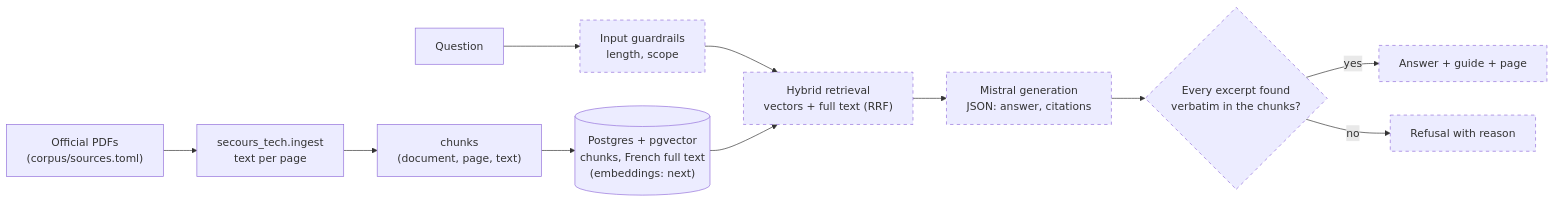
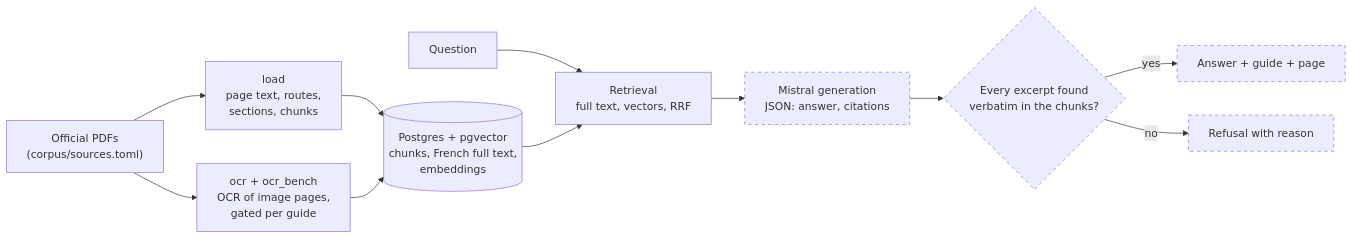
The diagram in README.md (gabrielkpo/secours-tech), drawn with Mermaid before and after one commit. The commit also changed other lines of this file and 23 other files, not shown here.

````diff
--- a/README.md
+++ b/README.md
@@ -33,16 +32,16 @@
 ```mermaid
 flowchart LR
-    A["Official PDFs<br/>(corpus/sources.toml)"] --> B["secours_tech.ingest<br/>text per page"]
-    B --> C["chunks<br/>(document, page, text)"]
-    C --> D[("Postgres + pgvector<br/>chunks, French full text<br/>(embeddings: next)")]
-    Q["Question"] --> G["Input guardrails<br/>length, scope"]
-    G --> R["Hybrid retrieval<br/>vectors + full text (RRF)"]
+    A["Official PDFs<br/>(corpus/sources.toml)"] --> B["load<br/>page text, routes,<br/>sections, chunks"]
+    A --> O["ocr + ocr_bench<br/>OCR of image pages,<br/>gated per guide"]
+    B --> D[("Postgres + pgvector<br/>chunks, French full text,<br/>embeddings")]
+    O --> D
+    Q["Question"] --> R["Retrieval<br/>full text, vectors, RRF"]
     D --> R
     R --> M["Mistral generation<br/>JSON: answer, citations"]
     M --> V{"Every excerpt found<br/>verbatim in the chunks?"}
     V -->|yes| OK["Answer + guide + page"]
     V -->|no| NO["Refusal with reason"]
 
     classDef planned stroke-dasharray: 5 5
-    class G,R,M,V,OK,NO planned
+    class M,V,OK,NO planned
 ```
````
